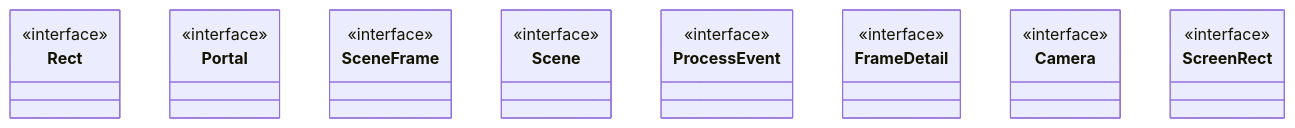
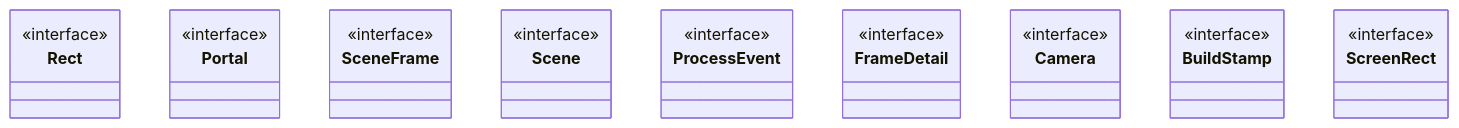
One commit to RyanGuild/self-describing-code changed the second of 3 diagrams in docs/self-model/robby__site/src/viewer/index.md. Above: the diagram before and after it, drawn with Mermaid. The commit also changed other lines of this file and 83 other files, not shown here.

````diff
--- a/docs/self-model/robby__site/src/viewer/index.md
+++ b/docs/self-model/robby__site/src/viewer/index.md
@@ -45,27 +45,30 @@
 ```mermaid
 classDiagram
     class Rect {
         <<interface>>
     }
     class Portal {
         <<interface>>
     }
     class SceneFrame {
         <<interface>>
     }
     class Scene {
         <<interface>>
     }
     class ProcessEvent {
         <<interface>>
     }
     class FrameDetail {
         <<interface>>
     }
     class Camera {
         <<interface>>
     }
+    class BuildStamp {
+        <<interface>>
+    }
     class ScreenRect {
         <<interface>>
     }
 ```
````
